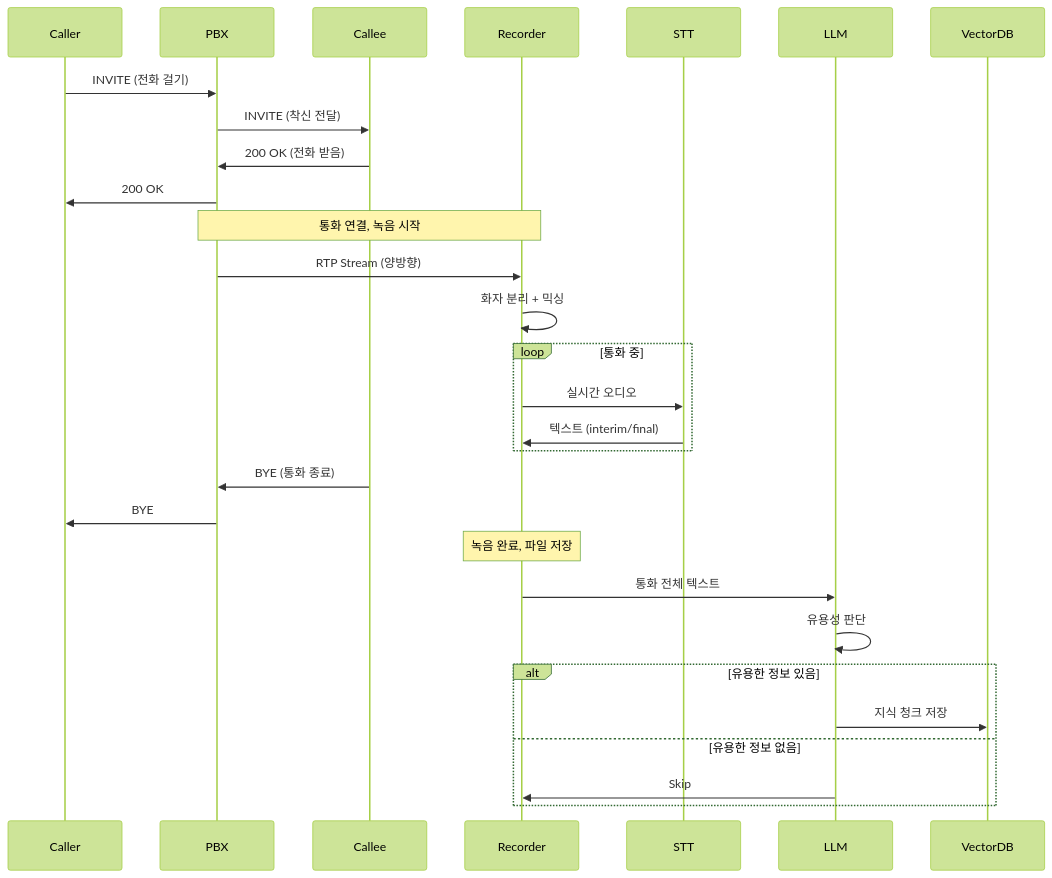
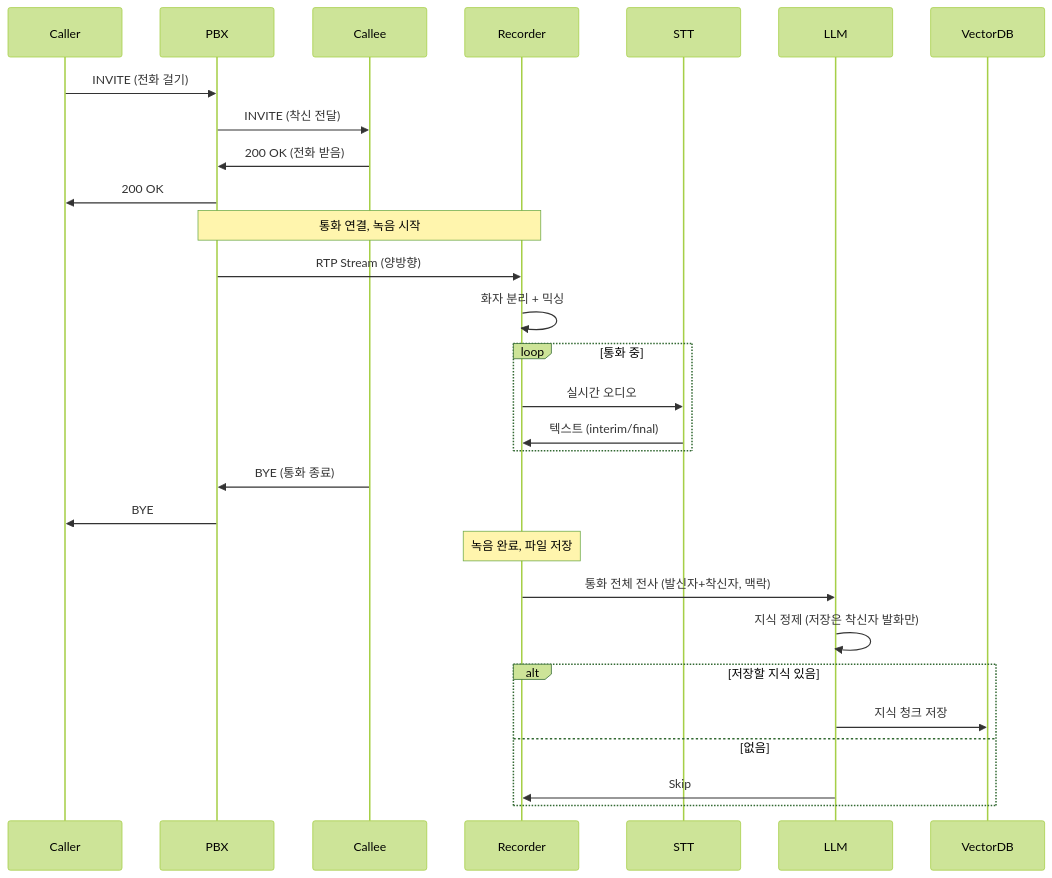
Before and after one commit to hak023/sip_pbx: the third of 11 diagrams in docs/architecture/ai-voicebot-architecture.md, drawn with Mermaid (forest theme). The commit also changed other lines of this file and 420 other files, not shown here.

````diff
--- a/docs/architecture/ai-voicebot-architecture.md
+++ b/docs/architecture/ai-voicebot-architecture.md
@@ -969,39 +985,39 @@
 ```mermaid
 sequenceDiagram
     participant Caller
     participant PBX
     participant Callee
     participant Recorder
     participant STT
     participant LLM
     participant VectorDB
     
     Caller->>PBX: INVITE (전화 걸기)
     PBX->>Callee: INVITE (착신 전달)
     Callee->>PBX: 200 OK (전화 받음)
     PBX->>Caller: 200 OK
     
     Note over PBX,Recorder: 통화 연결, 녹음 시작
     
     PBX->>Recorder: RTP Stream (양방향)
     Recorder->>Recorder: 화자 분리 + 믹싱
     
     loop 통화 중
         Recorder->>STT: 실시간 오디오
         STT->>Recorder: 텍스트 (interim/final)
     end
     
     Callee->>PBX: BYE (통화 종료)
     PBX->>Caller: BYE
     
     Note over Recorder: 녹음 완료, 파일 저장
     
-    Recorder->>LLM: 통화 전체 텍스트
-    LLM->>LLM: 유용성 판단
+    Recorder->>LLM: 통화 전체 전사 (발신자+착신자, 맥락)
+    LLM->>LLM: 지식 정제 (저장은 착신자 발화만)
     
-    alt 유용한 정보 있음
+    alt 저장할 지식 있음
         LLM->>VectorDB: 지식 청크 저장
-    else 유용한 정보 없음
+    else 없음
         LLM->>Recorder: Skip
     end
 ```
````
